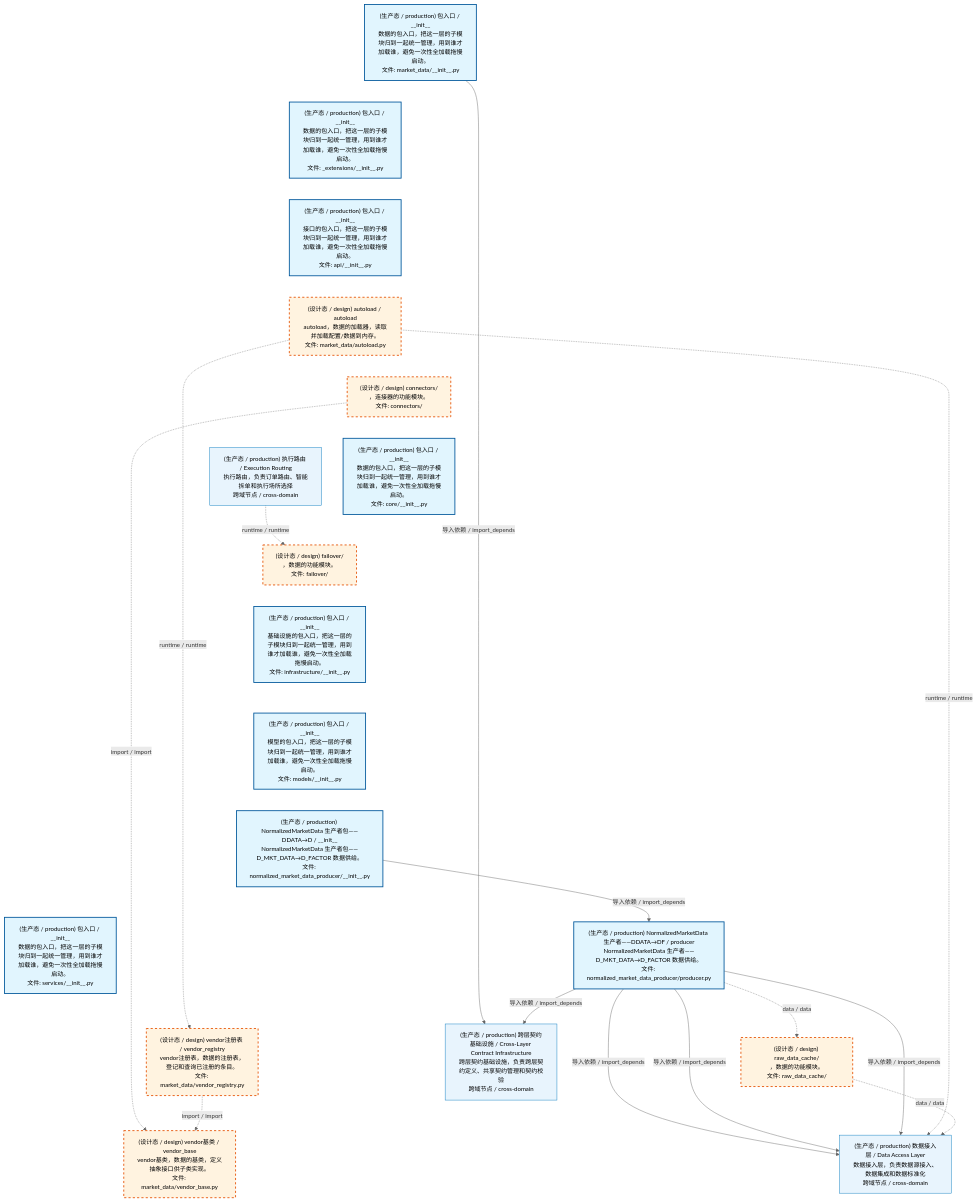
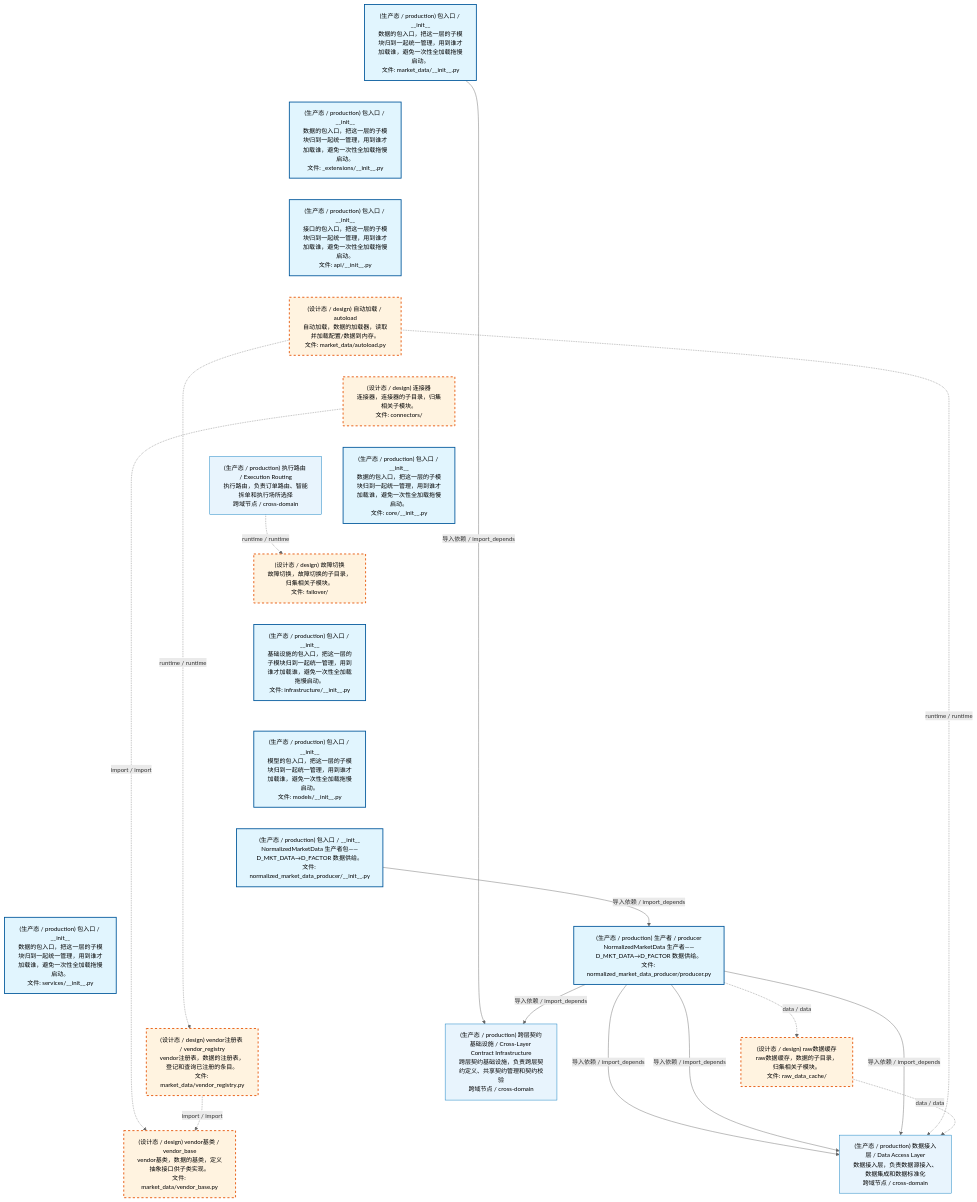
Before and after one commit to xuanFelixVan/ZephyrAlpha: the first of 4 diagrams in docs/02_enterprise_architecture/02_domain_architecture_docs/23_d_mkt_data.md, drawn with Mermaid. The commit also changed other lines of this file and 50 other files, not shown here.

````diff
--- a/docs/02_enterprise_architecture/02_domain_architecture_docs/23_d_mkt_data.md
+++ b/docs/02_enterprise_architecture/02_domain_architecture_docs/23_d_mkt_data.md
@@ -53,54 +53,54 @@
 ```mermaid
 %%{init: {'theme': 'base', 'themeVariables': {'primaryColor': '#eaeaea', 'primaryTextColor': '#333333', 'primaryBorderColor': '#666666', 'lineColor': '#666666', 'secondaryColor': '#eaeaea', 'tertiaryColor': '#eaeaea', 'fontSize': '14px'}}}%%
 flowchart TD
     src_zephyr_market_data_init_py["(生产态 / production) 包入口 / __init__<br/>数据的包入口，把这一层的子模块归到一起统一管理，用到谁才加载谁，避免一次性全加载拖慢启动。<br/>文件: market_data/__init__.py"]
     src_zephyr_market_data_extensions_init_py["(生产态 / production) 包入口 / __init__<br/>数据的包入口，把这一层的子模块归到一起统一管理，用到谁才加载谁，避免一次性全加载拖慢启动。<br/>文件: _extensions/__init__.py"]
     src_zephyr_market_data_api_init_py["(生产态 / production) 包入口 / __init__<br/>接口的包入口，把这一层的子模块归到一起统一管理，用到谁才加载谁，避免一次性全加载拖慢启动。<br/>文件: api/__init__.py"]
-    src_zephyr_market_data_autoload_py["(设计态 / design) autoload / autoload<br/>autoload，数据的加载器，读取并加载配置/数据到内存。<br/>文件: market_data/autoload.py"]
-    src_zephyr_market_data_connectors["(设计态 / design) connectors/<br/>，连接器的功能模块。<br/>文件: connectors/"]
+    src_zephyr_market_data_autoload_py["(设计态 / design) 自动加载 / autoload<br/>自动加载，数据的加载器，读取并加载配置/数据到内存。<br/>文件: market_data/autoload.py"]
+    src_zephyr_market_data_connectors["(设计态 / design) 连接器<br/>连接器，连接器的子目录，归集相关子模块。<br/>文件: connectors/"]
     src_zephyr_market_data_core_init_py["(生产态 / production) 包入口 / __init__<br/>数据的包入口，把这一层的子模块归到一起统一管理，用到谁才加载谁，避免一次性全加载拖慢启动。<br/>文件: core/__init__.py"]
-    src_zephyr_market_data_failover["(设计态 / design) failover/<br/>，数据的功能模块。<br/>文件: failover/"]
+    src_zephyr_market_data_failover["(设计态 / design) 故障切换<br/>故障切换，故障切换的子目录，归集相关子模块。<br/>文件: failover/"]
     src_zephyr_market_data_infrastructure_init_py["(生产态 / production) 包入口 / __init__<br/>基础设施的包入口，把这一层的子模块归到一起统一管理，用到谁才加载谁，避免一次性全加载拖慢启动。<br/>文件: infrastructure/__init__.py"]
     src_zephyr_market_data_models_init_py["(生产态 / production) 包入口 / __init__<br/>模型的包入口，把这一层的子模块归到一起统一管理，用到谁才加载谁，避免一次性全加载拖慢启动。<br/>文件: models/__init__.py"]
-    src_zephyr_market_data_normalized_market_data_producer_init_py["(生产态 / production) NormalizedMarketData 生产者包——DDATA→D / __init__<br/>NormalizedMarketData 生产者包——D_MKT_DATA→D_FACTOR 数据供给。<br/>文件: normalized_market_data_producer/__init__.py"]
+    src_zephyr_market_data_normalized_market_data_producer_init_py["(生产态 / production) 包入口 / __init__<br/>NormalizedMarketData 生产者包——D_MKT_DATA→D_FACTOR 数据供给。<br/>文件: normalized_market_data_producer/__init__.py"]
     src_zephyr_market_data_services_init_py["(生产态 / production) 包入口 / __init__<br/>数据的包入口，把这一层的子模块归到一起统一管理，用到谁才加载谁，避免一次性全加载拖慢启动。<br/>文件: services/__init__.py"]
     src_zephyr_market_data_init_py ~~~ src_zephyr_market_data_extensions_init_py
     src_zephyr_market_data_extensions_init_py ~~~ src_zephyr_market_data_api_init_py
     src_zephyr_market_data_api_init_py ~~~ src_zephyr_market_data_autoload_py
     src_zephyr_market_data_autoload_py ~~~ src_zephyr_market_data_connectors
     src_zephyr_market_data_connectors ~~~ src_zephyr_market_data_core_init_py
     src_zephyr_market_data_core_init_py ~~~ src_zephyr_market_data_failover
     src_zephyr_market_data_failover ~~~ src_zephyr_market_data_infrastructure_init_py
     src_zephyr_market_data_infrastructure_init_py ~~~ src_zephyr_market_data_models_init_py
     src_zephyr_market_data_models_init_py ~~~ src_zephyr_market_data_normalized_market_data_producer_init_py
     src_zephyr_market_data_normalized_market_data_producer_init_py ~~~ src_zephyr_market_data_services_init_py
-    src_zephyr_market_data_normalized_market_data_producer_producer_py["(生产态 / production) NormalizedMarketData 生产者——DDATA→DF / producer<br/>NormalizedMarketData 生产者——D_MKT_DATA→D_FACTOR 数据供给。<br/>文件: normalized_market_data_producer/producer.py"]
+    src_zephyr_market_data_normalized_market_data_producer_producer_py["(生产态 / production) 生产者 / producer<br/>NormalizedMarketData 生产者——D_MKT_DATA→D_FACTOR 数据供给。<br/>文件: normalized_market_data_producer/producer.py"]
     src_zephyr_market_data_vendor_registry_py["(设计态 / design) vendor注册表 / vendor_registry<br/>vendor注册表，数据的注册表，登记和查询已注册的条目。<br/>文件: market_data/vendor_registry.py"]
     src_zephyr_market_data_normalized_market_data_producer_producer_py ~~~ src_zephyr_market_data_vendor_registry_py
-    src_zephyr_market_data_raw_data_cache["(设计态 / design) raw_data_cache/<br/>，数据的功能模块。<br/>文件: raw_data_cache/"]
+    src_zephyr_market_data_raw_data_cache["(设计态 / design) raw数据缓存<br/>raw数据缓存，数据的子目录，归集相关子模块。<br/>文件: raw_data_cache/"]
     src_zephyr_market_data_vendor_base_py["(设计态 / design) vendor基类 / vendor_base<br/>vendor基类，数据的基类，定义抽象接口供子类实现。<br/>文件: market_data/vendor_base.py"]
     src_zephyr_market_data_raw_data_cache ~~~ src_zephyr_market_data_vendor_base_py
     src_zephyr_market_data_vendor_registry_py -.->|import / import| src_zephyr_market_data_vendor_base_py
     src_zephyr_market_data_connectors -.->|import / import| src_zephyr_market_data_vendor_base_py
     src_zephyr_market_data_autoload_py -.->|runtime / runtime| src_zephyr_market_data_vendor_registry_py
     src_zephyr_market_data_normalized_market_data_producer_init_py -->|导入依赖 / import_depends| src_zephyr_market_data_normalized_market_data_producer_producer_py
     src_zephyr_market_data_normalized_market_data_producer_producer_py -.->|data / data| src_zephyr_market_data_raw_data_cache
     D_DATA["(生产态 / production) 数据接入层 / Data Access Layer<br/>数据接入层，负责数据源接入、数据集成和数据标准化<br/>跨域节点 / cross-domain"]
     src_zephyr_market_data_raw_data_cache -.->|data / data| D_DATA
     src_zephyr_market_data_autoload_py -.->|runtime / runtime| D_DATA
     src_zephyr_market_data_normalized_market_data_producer_producer_py -->|导入依赖 / import_depends| D_DATA
     src_zephyr_market_data_normalized_market_data_producer_producer_py -->|导入依赖 / import_depends| D_DATA
     src_zephyr_market_data_normalized_market_data_producer_producer_py -->|导入依赖 / import_depends| D_DATA
     D_INFRASTRUCTURE["(生产态 / production) 跨层契约基础设施 / Cross-Layer Contract Infrastructure<br/>跨层契约基础设施，负责跨层契约定义、共享契约管理和契约校验<br/>跨域节点 / cross-domain"]
     src_zephyr_market_data_normalized_market_data_producer_producer_py -->|导入依赖 / import_depends| D_INFRASTRUCTURE
     src_zephyr_market_data_init_py -->|导入依赖 / import_depends| D_INFRASTRUCTURE
     D_EX_SOR["(生产态 / production) 执行路由 / Execution Routing<br/>执行路由，负责订单路由、智能拆单和执行场所选择<br/>跨域节点 / cross-domain"]
     D_EX_SOR -.->|runtime / runtime| src_zephyr_market_data_failover
     classDef production fill:#e1f5fe,stroke:#01579b,stroke-width:2px,color:#000
     classDef design fill:#fff3e0,stroke:#e65100,stroke-width:2px,color:#000,stroke-dasharray: 5 5
     classDef external_prod fill:#e8f4fd,stroke:#0277bd,stroke-width:1px,color:#000
     classDef external_design fill:#fff8e7,stroke:#ef6c00,stroke-width:1px,color:#000,stroke-dasharray: 5 5
     class src_zephyr_market_data_init_py,src_zephyr_market_data_extensions_init_py,src_zephyr_market_data_api_init_py,src_zephyr_market_data_core_init_py,src_zephyr_market_data_infrastructure_init_py,src_zephyr_market_data_models_init_py,src_zephyr_market_data_normalized_market_data_producer_init_py,src_zephyr_market_data_normalized_market_data_producer_producer_py,src_zephyr_market_data_services_init_py production
     class src_zephyr_market_data_autoload_py,src_zephyr_market_data_connectors,src_zephyr_market_data_failover,src_zephyr_market_data_raw_data_cache,src_zephyr_market_data_vendor_base_py,src_zephyr_market_data_vendor_registry_py design
     class D_DATA,D_INFRASTRUCTURE,D_EX_SOR external_prod
 ```
````
